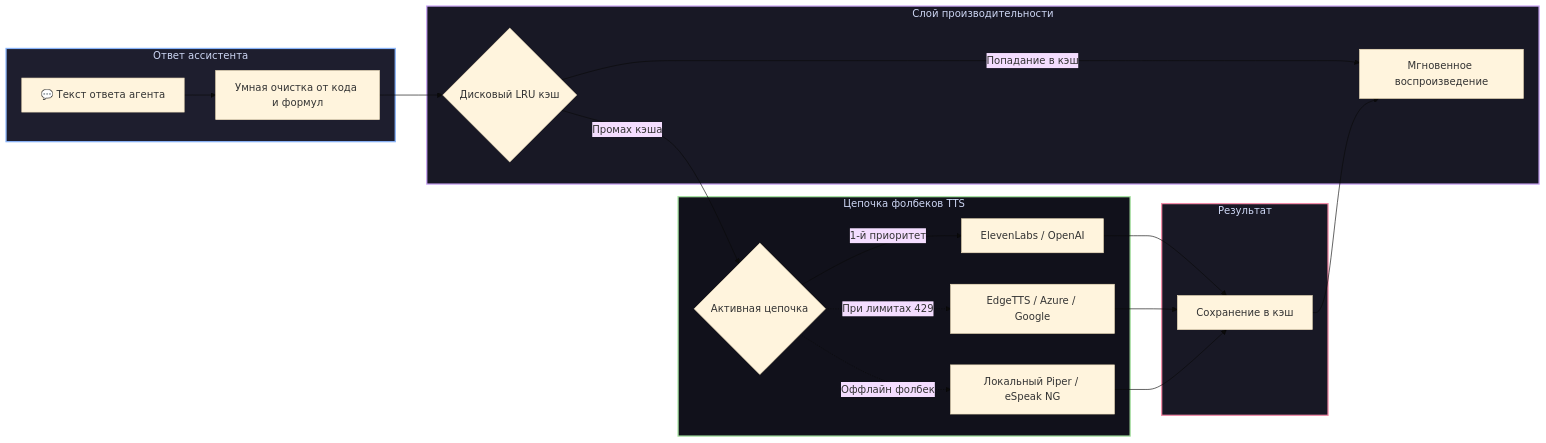
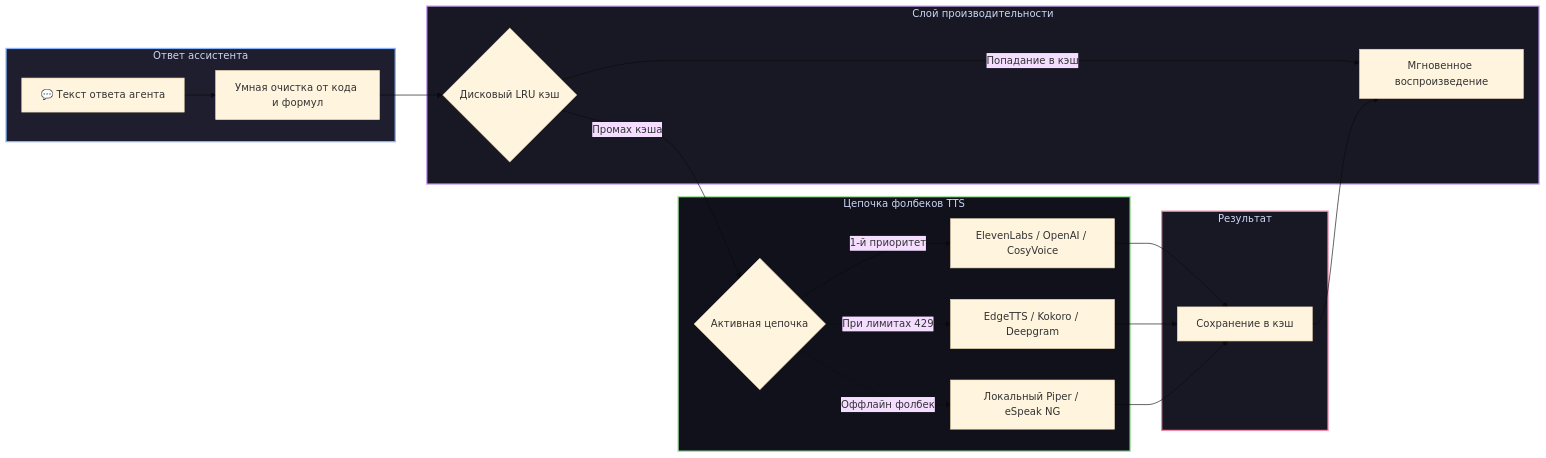
One commit to GooDAnDReaDY/dsh-tts changed the diagram in README.ru.md. Above: the diagram before and after it, drawn with Mermaid (base theme). The commit also changed other lines of this file and 2 other files, not shown here.

Commit message:
docs: expand dsh-tts with 16-provider matrix, smart scrubbing engine, spoken phrase substitutions & role overrides

````diff
--- a/README.ru.md
+++ b/README.ru.md
@@ -30,30 +30,30 @@
 ```mermaid
 graph LR
     subgraph Input [Ответ ассистента]
         Reply[💬 Текст ответа агента] --> Scrub[Умная очистка от кода и формул]
     end
 
     subgraph Cache [Слой производительности]
         Scrub --> LRU{Дисковый LRU кэш}
         LRU -->|Попадание в кэш| Play[Мгновенное воспроизведение]
     end
 
     subgraph Fallback [Цепочка фолбеков TTS]
         LRU -->|Промах кэша| Chain{Активная цепочка}
-        Chain -->|1-й приоритет| P1[ElevenLabs / OpenAI]
-        Chain -.->|При лимитах 429| P2[EdgeTTS / Azure / Google]
+        Chain -->|1-й приоритет| P1[ElevenLabs / OpenAI / CosyVoice]
+        Chain -.->|При лимитах 429| P2[EdgeTTS / Kokoro / Deepgram]
         Chain -.->|Оффлайн фолбек| P3[Локальный Piper / eSpeak NG]
     end
 
     subgraph Output [Результат]
         P1 --> Store[Сохранение в кэш]
         P2 --> Store
         P3 --> Store
         Store --> Play
     end
 
     style Input fill:#1e1e2e,stroke:#89b4fa,stroke-width:2px,color:#cdd6f4
     style Cache fill:#181825,stroke:#cba6f7,stroke-width:2px,color:#cdd6f4
     style Fallback fill:#11111b,stroke:#a6e3a1,stroke-width:2px,color:#cdd6f4
     style Output fill:#181825,stroke:#f38ba8,stroke-width:2px,color:#cdd6f4
 ```
````
